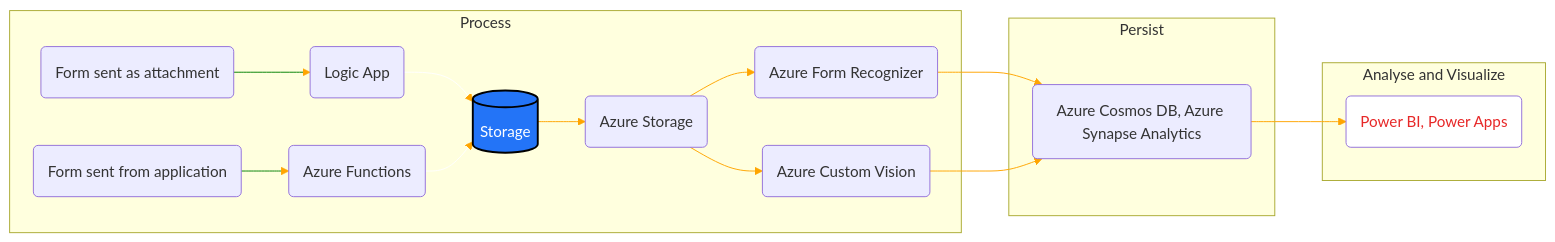
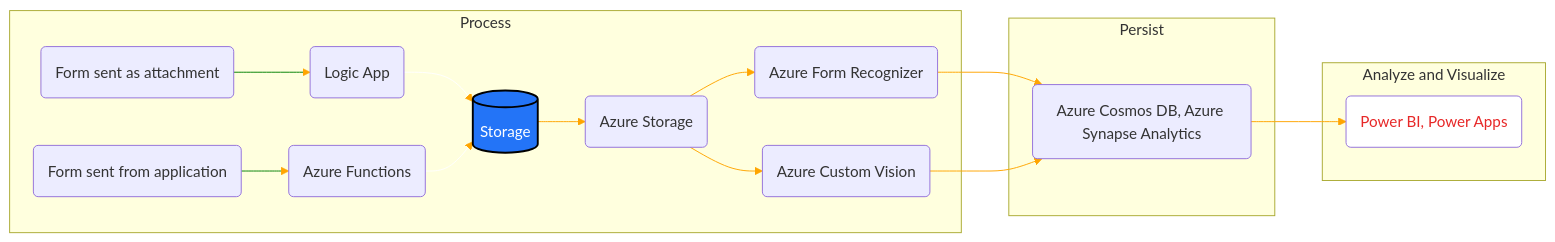
The second of 2 diagrams in 03January2023.md (Vivek4Integration/DocumentingWhatILearned), drawn with Mermaid before and after one commit. The commit also changed other lines of this file and 8 other files, not shown here.

````diff
--- a/03January2023.md
+++ b/03January2023.md
@@ -45,25 +47,25 @@
 ```mermaid
 flowchart LR
     linkStyle default stroke:orange
     classDef blue fill:#2374f7, stroke:#000, stroke-width:2px,color:#fff
     classDef red fill:#fff, stoker:#000, stoke-width:2px,color:#e72828
     subgraph Process
     A(Form sent as attachment)-->B(Logic App)
     C(Form sent from application)-->D(Azure Functions)
     B-->E[(Storage)]:::blue
     D-->E
     E-->F(Azure Storage)
     F-->G(Azure Form Recognizer)
     F-->H(Azure Custom Vision)
     end
     subgraph Persist
     G-->I(Azure Cosmos DB, Azure Synapse Analytics)
     H-->I
     end
-    subgraph Analyse and Visualize
+    subgraph Analyze and Visualize
     I-->K(Power BI, Power Apps):::red
     end
 linkStyle 0,1 stroke:green
 linkStyle 2,3 stroke:white
 click B "https://azure.microsoft.com/en-gb/products/logic-apps/"
 ```
````
